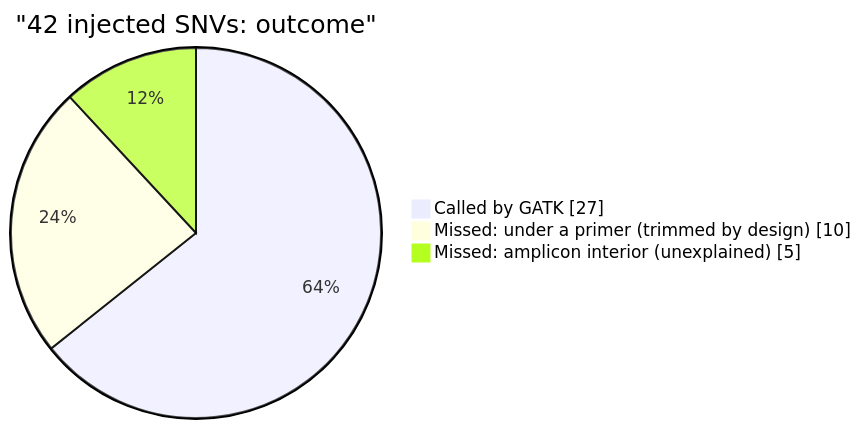
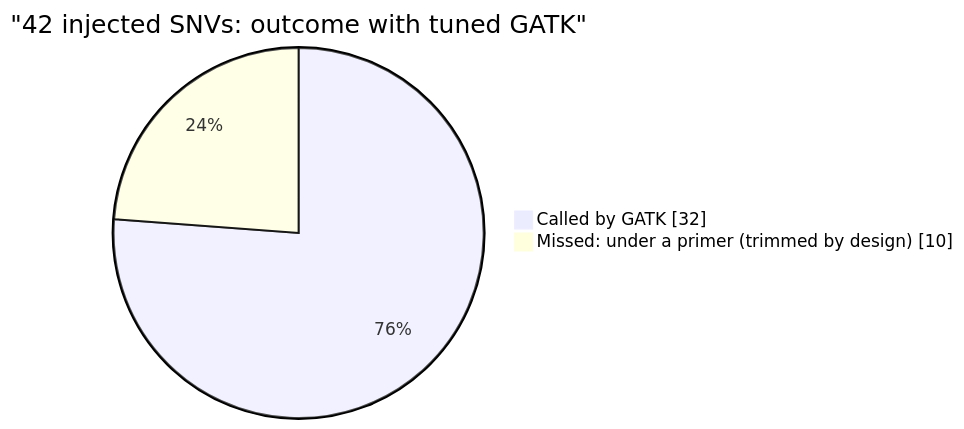
Before and after one commit to AHumanBrain/my_amplicon_project: diagram 11 of 13 in README.md, drawn with Mermaid. The commit also changed other lines of this file and 1 other file, not shown here.

First line of the commit message:
fix(variants): tune HaplotypeCaller for amplicon data; document investigation

````diff
--- a/README.md
+++ b/README.md
@@ -272,7 +296,6 @@
 ```mermaid
 pie showData
-    title "42 injected SNVs: outcome"
-    "Called by GATK" : 27
+    title "42 injected SNVs: outcome with tuned GATK"
+    "Called by GATK" : 32
     "Missed: under a primer (trimmed by design)" : 10
-    "Missed: amplicon interior (unexplained)" : 5
 ```
````
